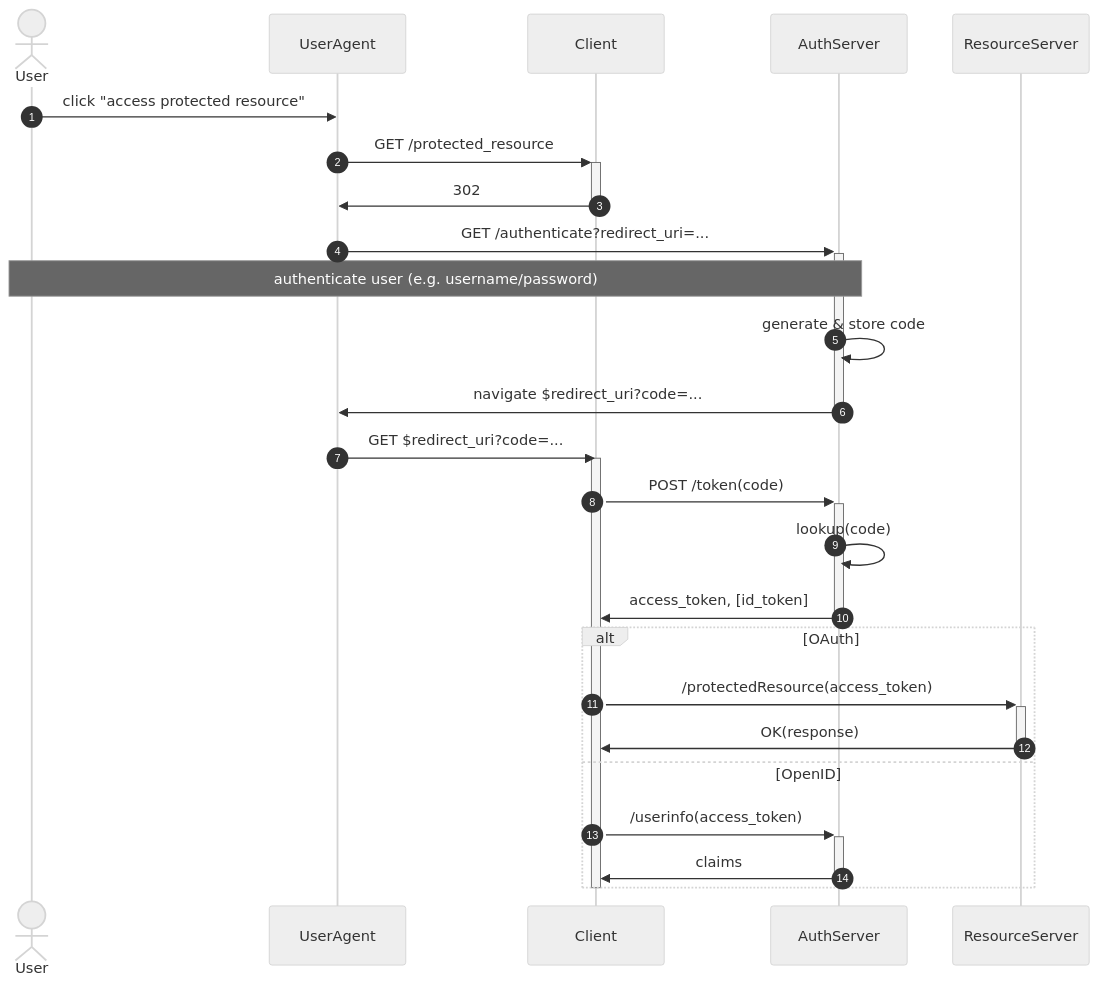
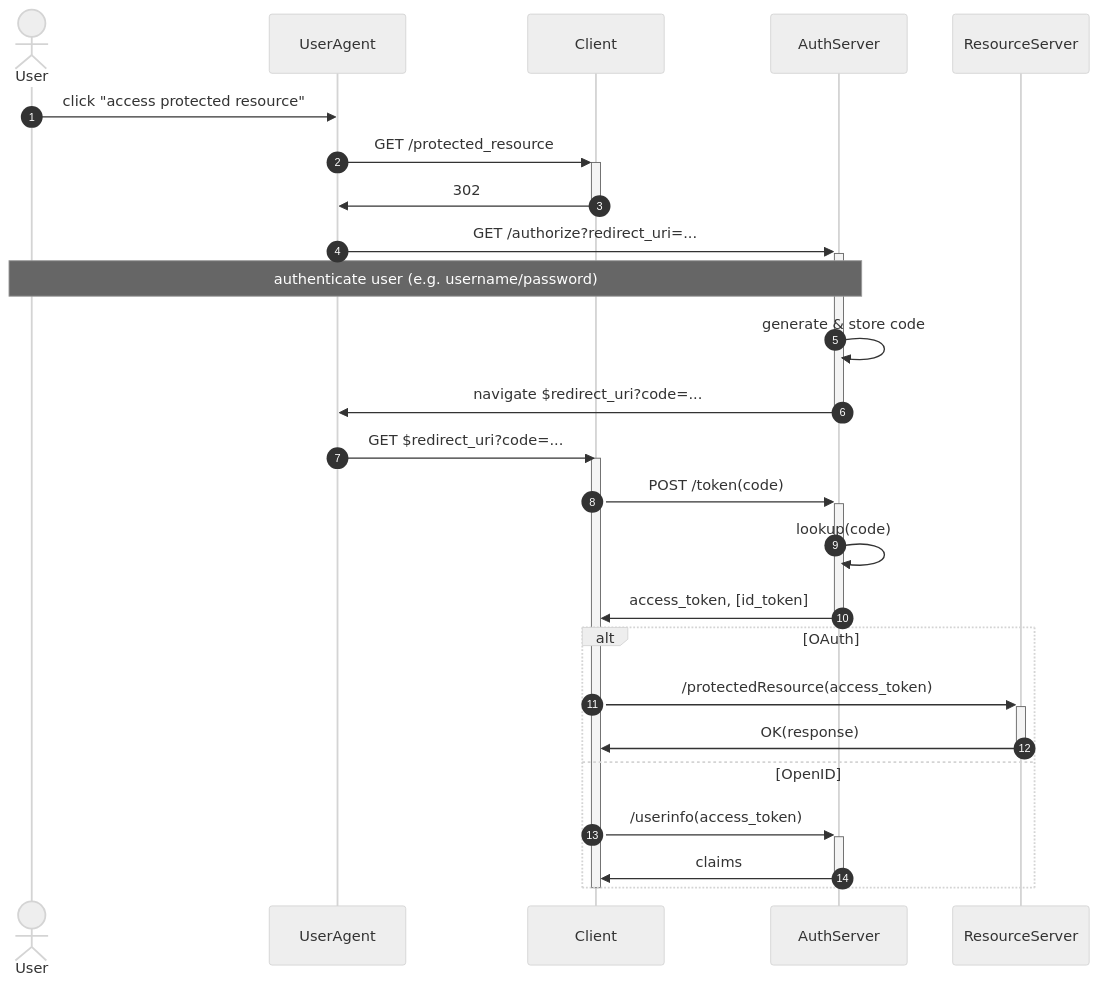
Before and after one commit to MinBZK/nl-wallet: the diagram in wallet_core/openid4vc/documentation/openid.md, drawn with Mermaid (neutral theme). The commit also changed 1 other file, not shown here.

Commit message:
Fix wrong openid endpoint in openid documentation

````diff
--- a/wallet_core/openid4vc/documentation/openid.md
+++ b/wallet_core/openid4vc/documentation/openid.md
@@ -19,31 +19,31 @@
 ```mermaid
 sequenceDiagram
     autonumber
 
     actor User
     participant UserAgent
     participant Client
     participant AuthServer
     participant ResourceServer
 
     User->>UserAgent: click "access protected resource"
     UserAgent->>+Client: GET /protected_resource
     Client->>-UserAgent: 302
-    UserAgent->>+AuthServer: GET /authenticate?redirect_uri=...
+    UserAgent->>+AuthServer: GET /authorize?redirect_uri=...
     note over User, AuthServer: authenticate user (e.g. username/password)
     AuthServer->>AuthServer: generate & store code
     AuthServer->>-UserAgent: navigate $redirect_uri?code=...
     UserAgent->>Client: GET $redirect_uri?code=...
     activate Client
     Client->>+AuthServer: POST /token(code)
     AuthServer->>AuthServer: lookup(code)
     AuthServer->>-Client: access_token, [id_token]
     alt OAuth
         Client->>+ResourceServer: /protectedResource(access_token)
         ResourceServer->>-Client: OK(response)
     else OpenID
         Client->>+AuthServer: /userinfo(access_token)
         AuthServer->>-Client: claims
     end
     deactivate Client
 ```
````
